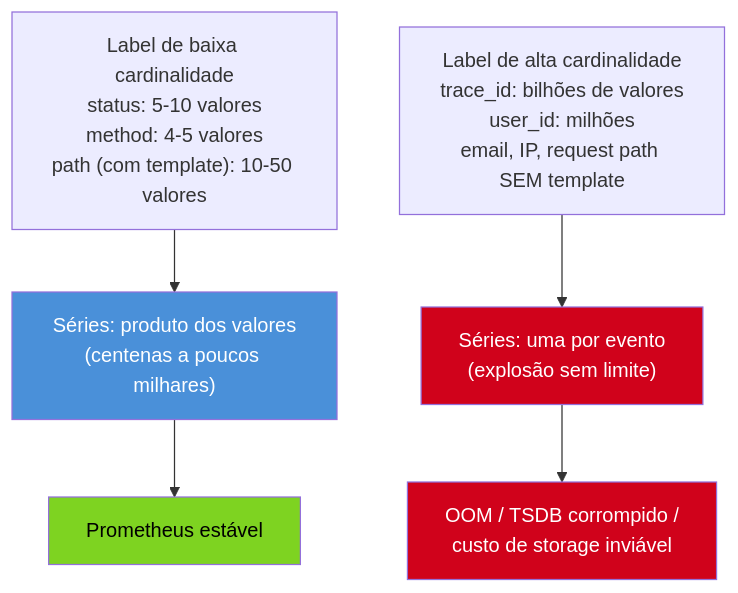
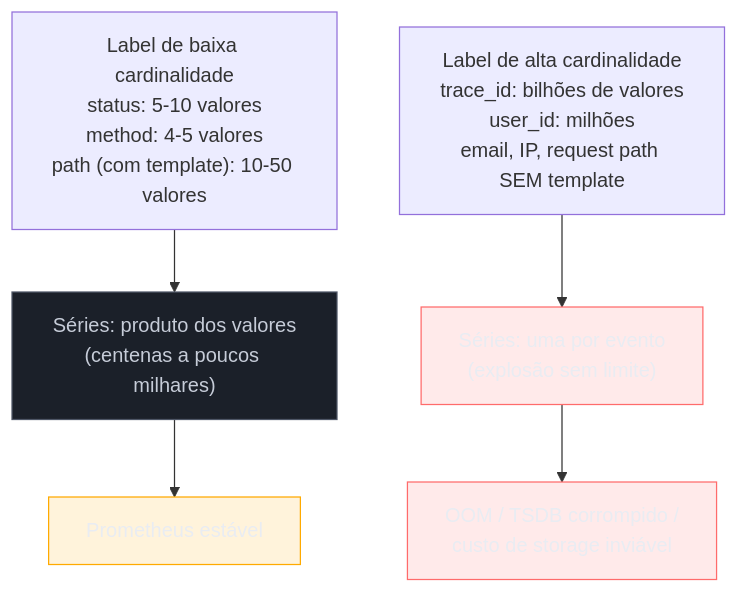
The second of 2 diagrams in 03-Dominios/Tecnologia/Go/16 - Observabilidade/08 - Observabilidade em produção.md (josenaldo/codex-technomanticus), drawn with Mermaid before and after one commit. The commit also changed other lines of this file and 1181 other files, not shown here.

First line of the commit message:
fix(diagramas): paleta do sistema no lugar de cor cravada no markdown

````diff
--- a/03-Dominios/Tecnologia/Go/16 - Observabilidade/08 - Observabilidade em produção.md
+++ b/03-Dominios/Tecnologia/Go/16 - Observabilidade/08 - Observabilidade em produção.md
@@ -110,13 +112,16 @@
 ```mermaid
 flowchart TB
+    classDef neutro fill:#1B2029,stroke:#4E5666,color:#C6CCD8
+    classDef falha fill:#FF6B6B24,stroke:#FF6B6B,color:#E9ECF2
+    classDef destaque fill:#FFAA0024,stroke:#FFAA00,color:#E9ECF2
     A["Label de baixa cardinalidade\nstatus: 5-10 valores\nmethod: 4-5 valores\npath (com template): 10-50 valores"] --> B["Séries: produto dos valores\n(centenas a poucos milhares)"]
     C["Label de alta cardinalidade\ntrace_id: bilhões de valores\nuser_id: milhões\nemail, IP, request path SEM template"] --> D["Séries: uma por evento\n(explosão sem limite)"]
 
     B --> E["Prometheus estável"]
     D --> F["OOM / TSDB corrompido /\ncusto de storage inviável"]
 
-    style B fill:#4A90D9,color:#fff
-    style D fill:#D0021B,color:#fff
-    style E fill:#7ED321,color:#000
-    style F fill:#D0021B,color:#fff
+    class B neutro
+    class D falha
+    class E destaque
+    class F falha
 ```
````
